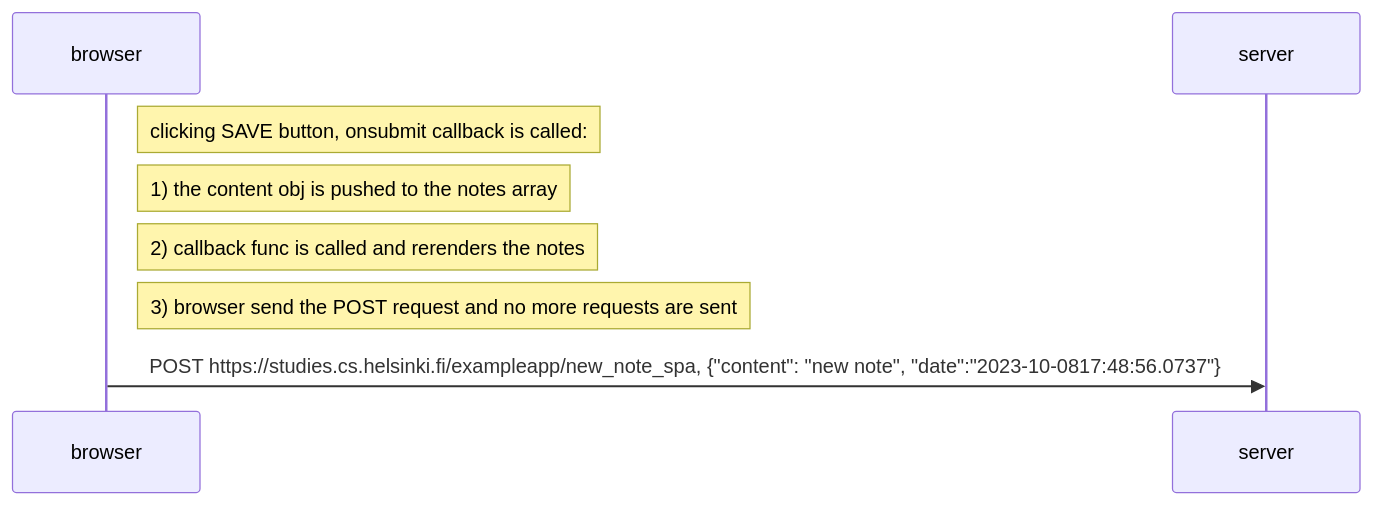
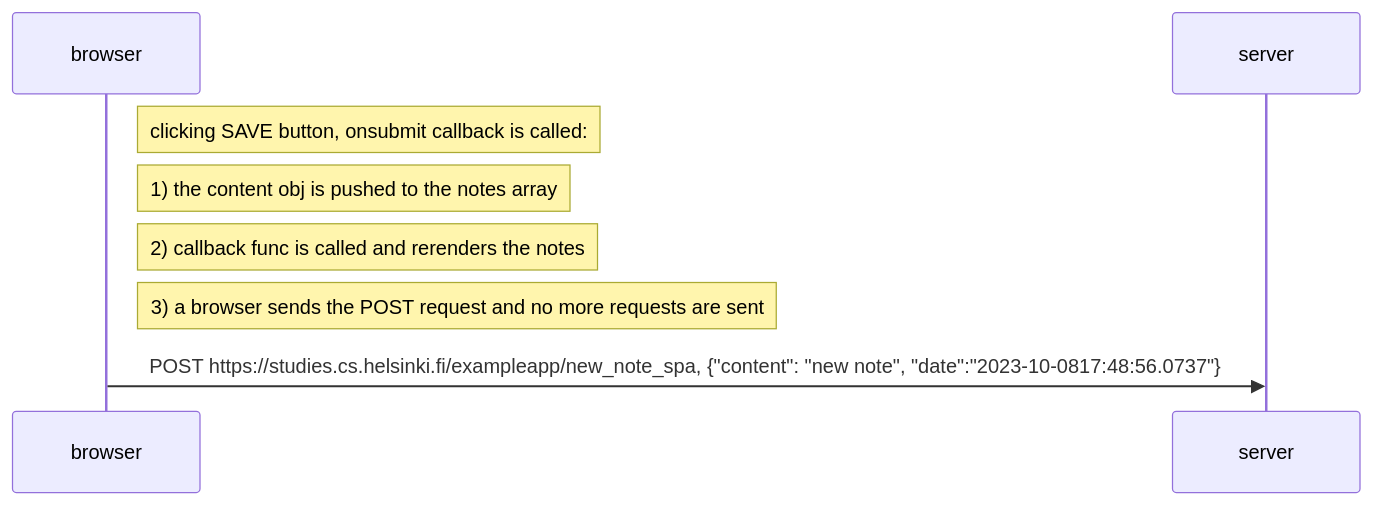
Before and after one commit to dlugash/fullStackOpen-exercises: the diagram in p0/6_spa_new_note.md, drawn with Mermaid.

Commit message:
typos fixed

````diff
--- a/p0/6_spa_new_note.md
+++ b/p0/6_spa_new_note.md
@@ -1,11 +1,11 @@
 ```mermaid
 sequenceDiagram
     participant browser
     participant server
 
     Note right of browser: clicking SAVE button, onsubmit callback is called:
     Note right of browser: 1) the content obj is pushed to the notes array
     Note right of browser: 2) callback func is called and rerenders the notes
-    Note right of browser: 3) browser send the POST request and no more requests are sent
+    Note right of browser: 3) a browser sends the POST request and no more requests are sent
     browser->>server: POST https://studies.cs.helsinki.fi/exampleapp/new_note_spa, {"content": "new note", "date":"2023-10-0817:48:56.0737"}
 ```
````
